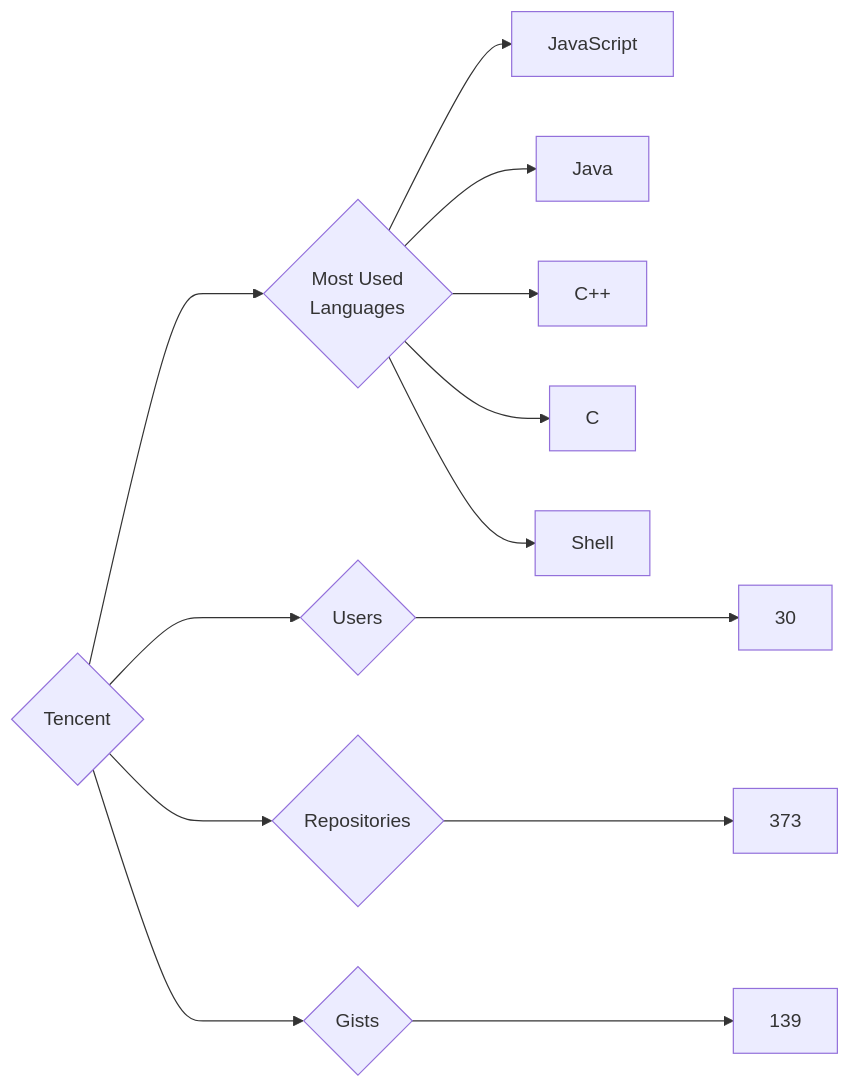
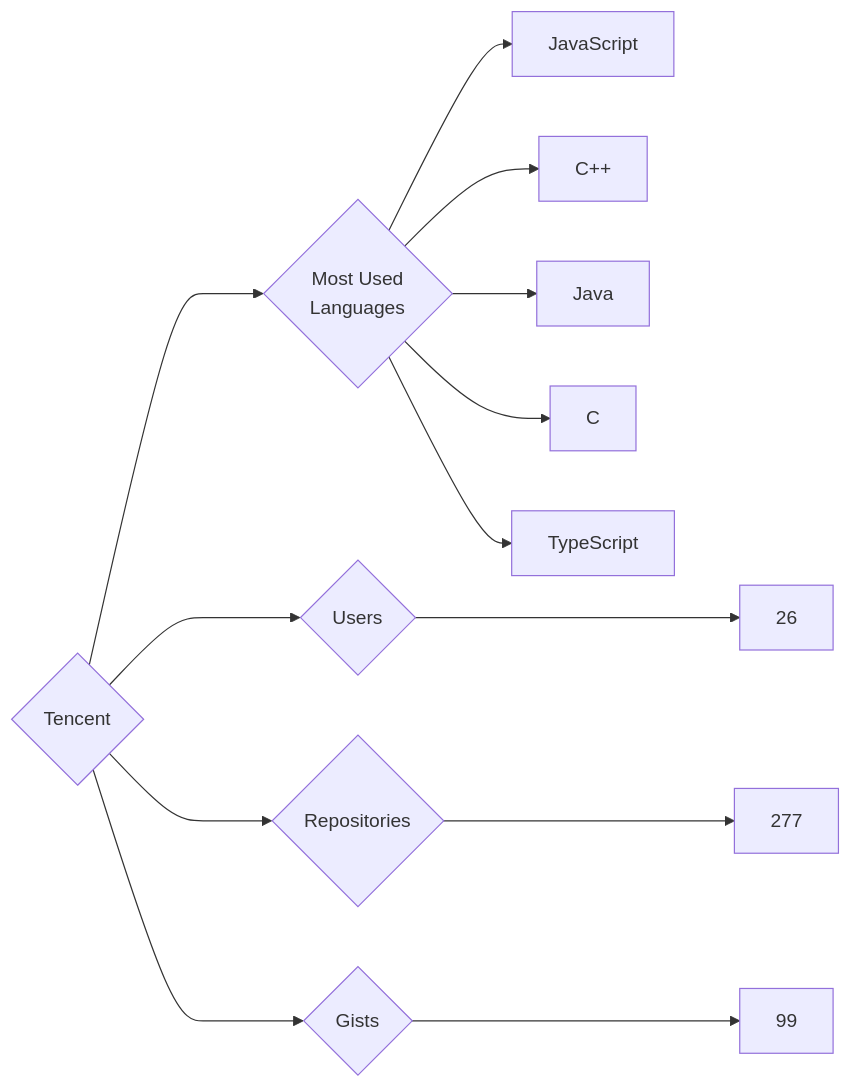
One commit to trickest/insiders changed the diagram in targets/Tencent/README.md. Above: the diagram before and after it, drawn with Mermaid. The commit also changed 939 other files, not shown here.

````diff
--- a/targets/Tencent/README.md
+++ b/targets/Tencent/README.md
@@ -3,13 +3,13 @@
 ```mermaid
 graph LR
 COMPANY_NAME{Tencent}
-COMPANY_NAME ---> U{Users} ---> UN[30]
-COMPANY_NAME ---> R{Repositories} ---> RN[373]
-COMPANY_NAME ---> G{Gists} ---> GN[139]
+COMPANY_NAME ---> U{Users} ---> UN[26]
+COMPANY_NAME ---> R{Repositories} ---> RN[277]
+COMPANY_NAME ---> G{Gists} ---> GN[99]
 COMPANY_NAME ---> ML{Most Used<br>Languages}
 ML --> JavaScript[JavaScript]
+ML --> C++[C++]
 ML --> Java[Java]
-ML --> C++[C++]
 ML --> C[C]
-ML --> Shell[Shell]
+ML --> TypeScript[TypeScript]
 ```
````
